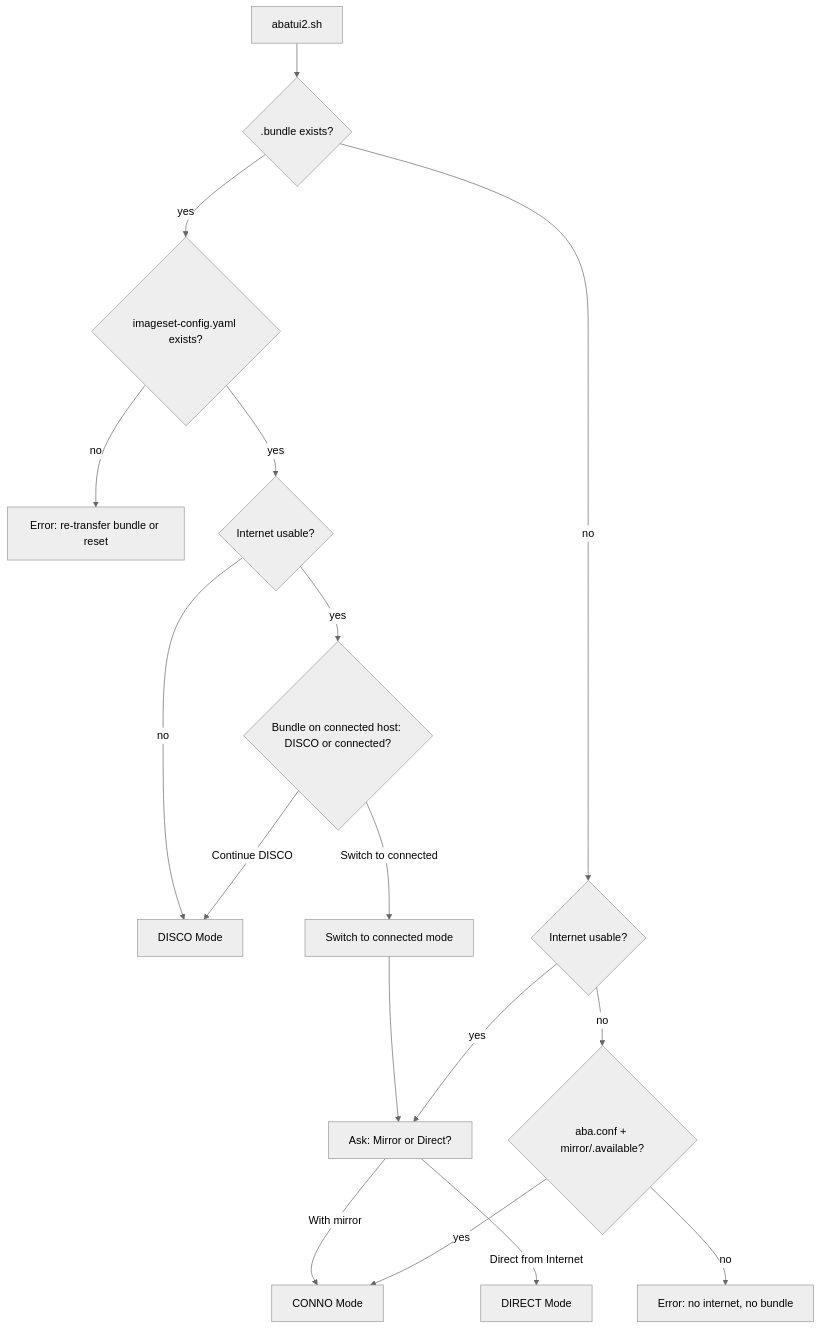
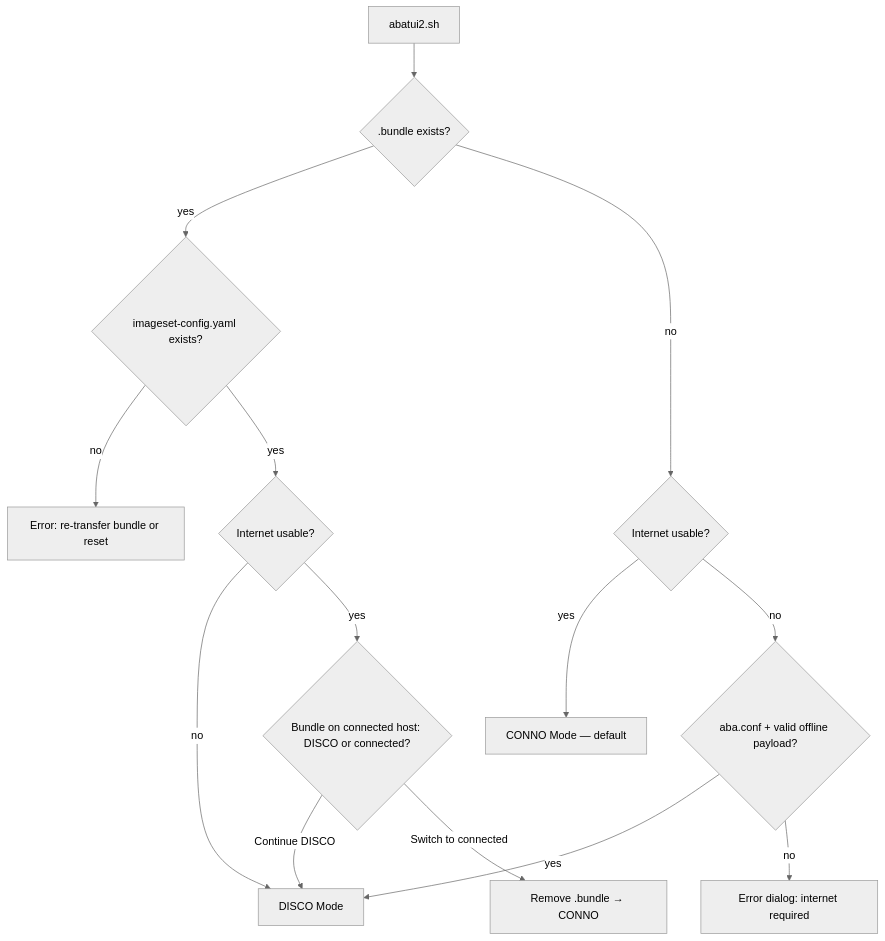
Before and after one commit to sjbylo/aba: the diagram in tui/v2/SPEC.md, drawn with Mermaid (neutral theme). The commit also changed other lines of this file and 2 other files, not shown here.

First line of the commit message:
tui(v2): update SPEC to match code, default focus to View/Edit ISC

````diff
--- a/tui/v2/SPEC.md
+++ b/tui/v2/SPEC.md
@@ -30,19 +32,16 @@
 ```mermaid
 flowchart TD
     Start[abatui2.sh] --> BundleCheck{".bundle exists?"}
     BundleCheck -->|yes| HasISC{"imageset-config.yaml exists?"}
     HasISC -->|no| DeadEnd1["Error: re-transfer bundle or reset"]
     HasISC -->|yes| BundleInet{"Internet usable?"}
     BundleInet -->|no| DISCO["DISCO Mode"]
     BundleInet -->|yes| BundleAsk{"Bundle on connected host: DISCO or connected?"}
     BundleAsk -->|"Continue DISCO"| DISCO
-    BundleAsk -->|"Switch to connected"| SwitchConnected["Switch to connected mode"]
-    SwitchConnected --> ModeDialog
+    BundleAsk -->|"Switch to connected"| SwitchConnected["Remove .bundle → CONNO"]
     BundleCheck -->|no| InetCheck{"Internet usable?"}
-    InetCheck -->|yes| ModeDialog["Ask: Mirror or Direct?"]
-    ModeDialog -->|"With mirror"| CONNO[CONNO Mode]
-    ModeDialog -->|"Direct from Internet"| DIRECT[DIRECT Mode]
-    InetCheck -->|no| FallbackCheck{"aba.conf + mirror/.available?"}
-    FallbackCheck -->|yes| CONNO
-    FallbackCheck -->|no| DeadEnd2["Error: no internet, no bundle"]
+    InetCheck -->|yes| CONNO[CONNO Mode — default]
+    InetCheck -->|no| FallbackCheck{"aba.conf + valid offline payload?"}
+    FallbackCheck -->|yes| DISCO
+    FallbackCheck -->|no| DeadEndInet["Error dialog: internet required"]
 ```
````
